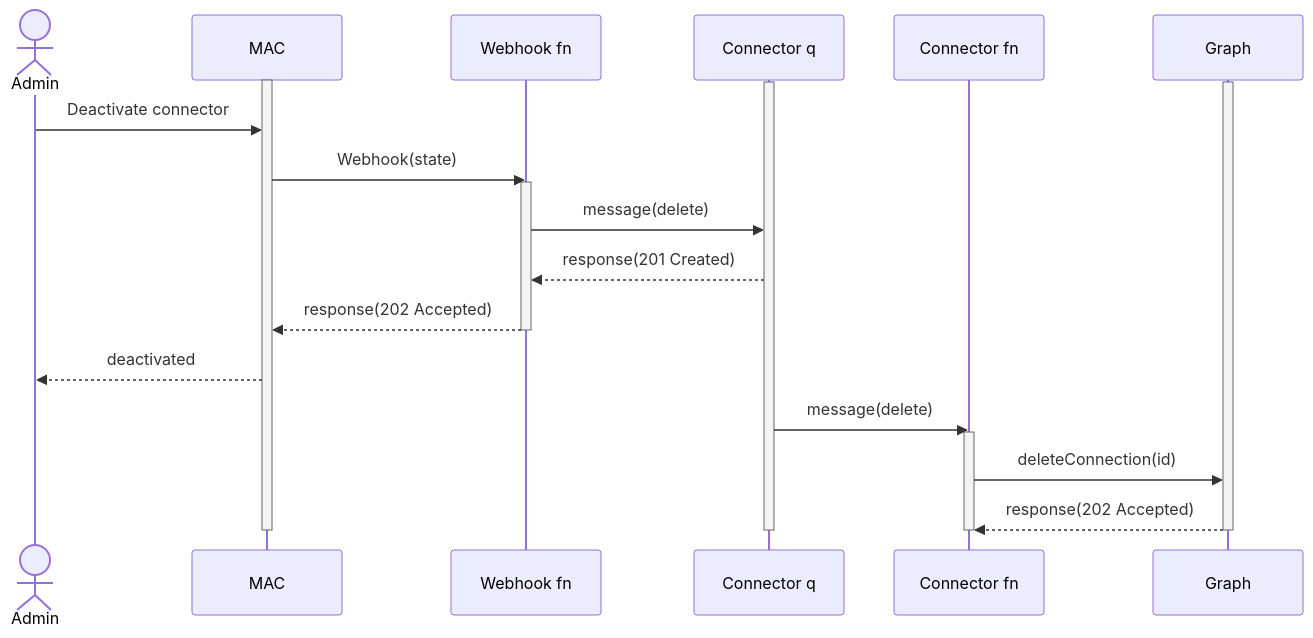
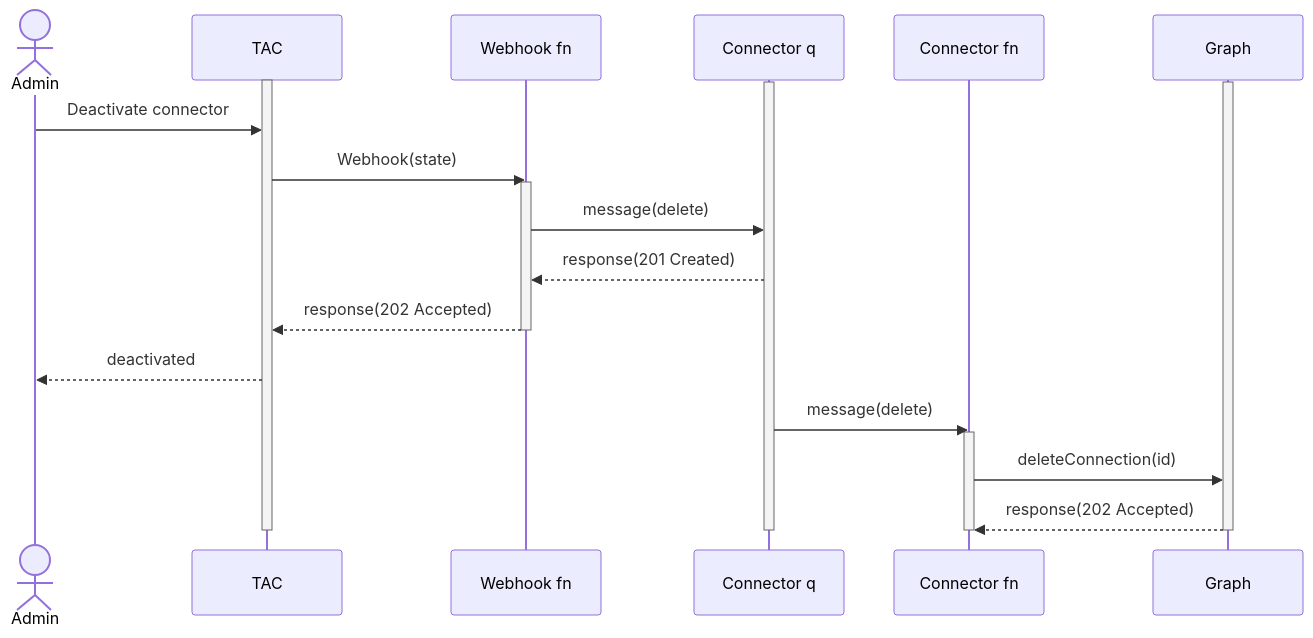
Before and after one commit to garrytrinder/food-catalog-graph-connector: the second of 5 diagrams in readme.md, drawn with Mermaid. The commit also changed other lines of this file and 3 other files, not shown here.

````diff
--- a/readme.md
+++ b/readme.md
@@ -89,32 +90,32 @@
 ```mermaid
 sequenceDiagram
   actor Admin
-  participant MAC
+  participant TAC
   participant Webhook fn
   participant Connector q
   participant Connector fn
   participant Graph
   
-  activate MAC
+  activate TAC
   activate Connector q
   activate Graph
 
-  Admin->>MAC:Deactivate connector
-  MAC->>Webhook fn:Webhook(state)
+  Admin->>TAC:Deactivate connector
+  TAC->>Webhook fn:Webhook(state)
   activate Webhook fn
   Webhook fn->>Connector q:message(delete)
   Connector q-->>Webhook fn:response(201 Created)
-  Webhook fn-->>MAC:response(202 Accepted)
+  Webhook fn-->>TAC:response(202 Accepted)
   deactivate Webhook fn
-  MAC-->>Admin:deactivated
+  TAC-->>Admin:deactivated
 
   Connector q->>Connector fn:message(delete)
   activate Connector fn
   Connector fn->>Graph:deleteConnection(id)
   Graph-->>Connector fn:response(202 Accepted)
   deactivate Connector fn
   
   deactivate Graph
   deactivate Connector q
-  deactivate MAC
+  deactivate TAC
 ```
````
